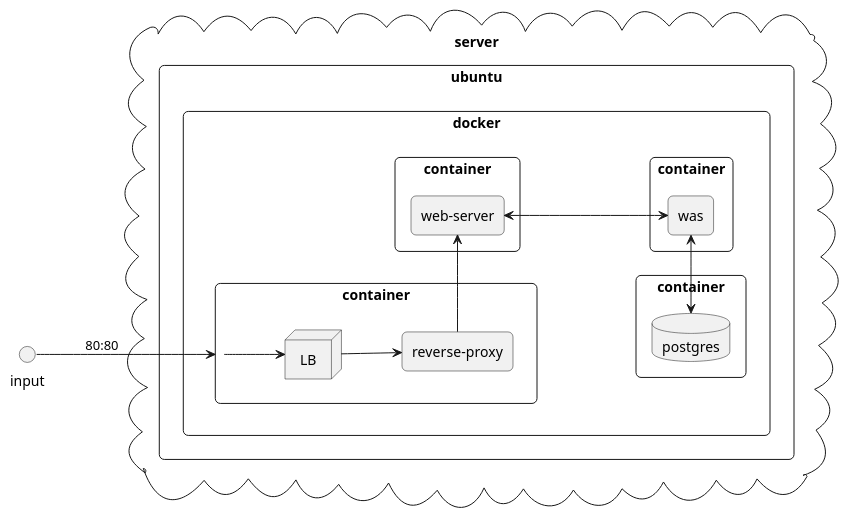
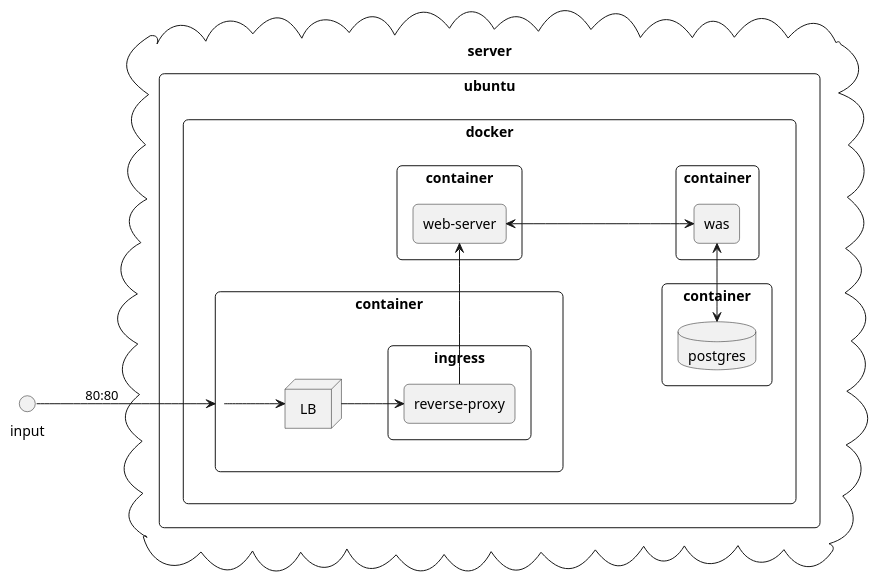
Before and after one commit to hiseongmi/CampBears-front: the diagram in docs/system.puml, drawn with PlantUML.

```diff
--- a/docs/system.puml
+++ b/docs/system.puml
@@ -1,39 +1,41 @@
 @startuml
 left to right direction
 skinparam roundCorner 10
 
 circle input{}
 
 cloud server as server{
     rectangle ubuntu as ubuntu {
         rectangle docker as docker {
             rectangle container as was {
                 rectangle was as wasApp {
                 }
             }
             rectangle container as web {
                 rectangle web-server as webApp{
                 }
             }
             rectangle container as db{
                 database postgres as dbApp{
                 }
             }
             rectangle container as nginx {
-                node LB as LB {
-                }
+             node LB as LB {
+             }
+            rectangle ingress {
                 rectangle reverse-proxy as reverseProxy {
                 }
+            }
             }
         }
     }
     input ==> nginx : "80:80"
     nginx ==> LB
     LB ==> reverseProxy
     reverseProxy =up> webApp
     webApp <==> wasApp
     dbApp <=down> wasApp
 }
 
 
 @enduml
```
